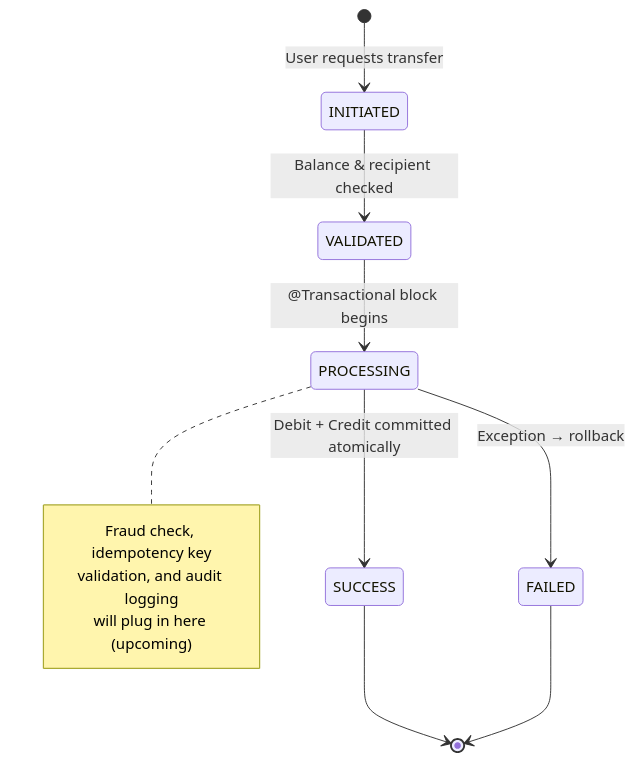
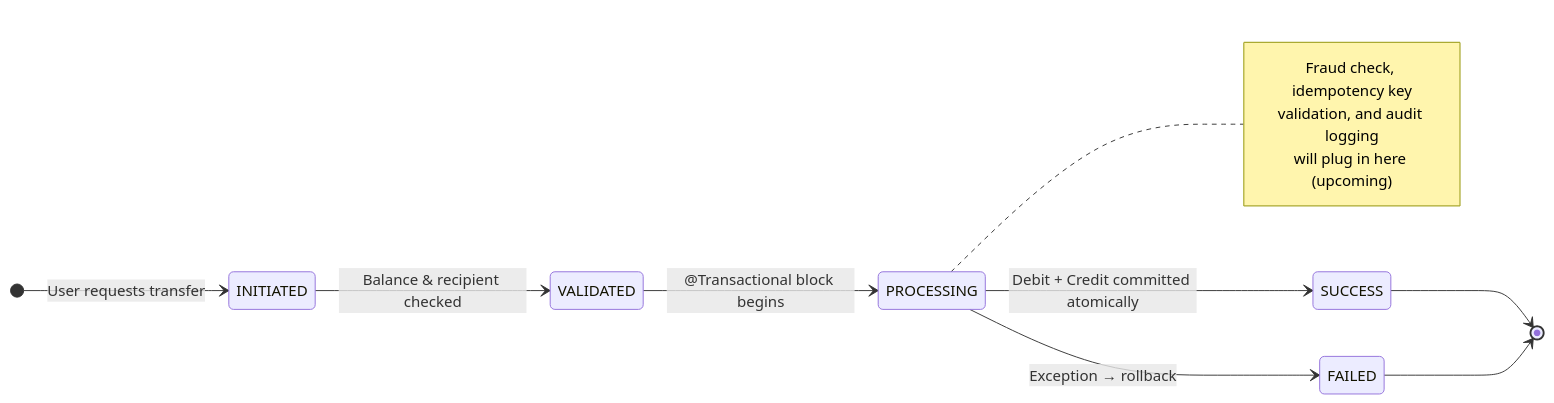
One commit to VASUSINH/PayMoney changed the fifth of 9 diagrams in ReadMe.md. Above: the diagram before and after it, drawn with Mermaid. The commit also changed other lines of this file, not shown here.

````diff
--- a/ReadMe.md
+++ b/ReadMe.md
@@ -263,16 +284,25 @@
 ```mermaid
 stateDiagram-v2
+    direction LR
     [*] --> INITIATED : User requests transfer
     INITIATED --> VALIDATED : Balance & recipient checked
     VALIDATED --> PROCESSING : @Transactional block begins
     PROCESSING --> SUCCESS : Debit + Credit committed atomically
     PROCESSING --> FAILED : Exception → rollback
     SUCCESS --> [*]
     FAILED --> [*]
 
+    classDef inflight fill:#fef3c7,stroke:#b45309,stroke-width:2px,color:#78350f;
+    classDef success fill:#d1fae5,stroke:#15803d,stroke-width:2px,color:#14532d;
+    classDef failure fill:#fee2e2,stroke:#b91c1c,stroke-width:2px,color:#7f1d1d;
+
+    class INITIATED,VALIDATED,PROCESSING inflight;
+    class SUCCESS success;
+    class FAILED failure;
+
     note right of PROCESSING
         Fraud check, idempotency key
         validation, and audit logging
         will plug in here (upcoming)
     end note
 ```
````
